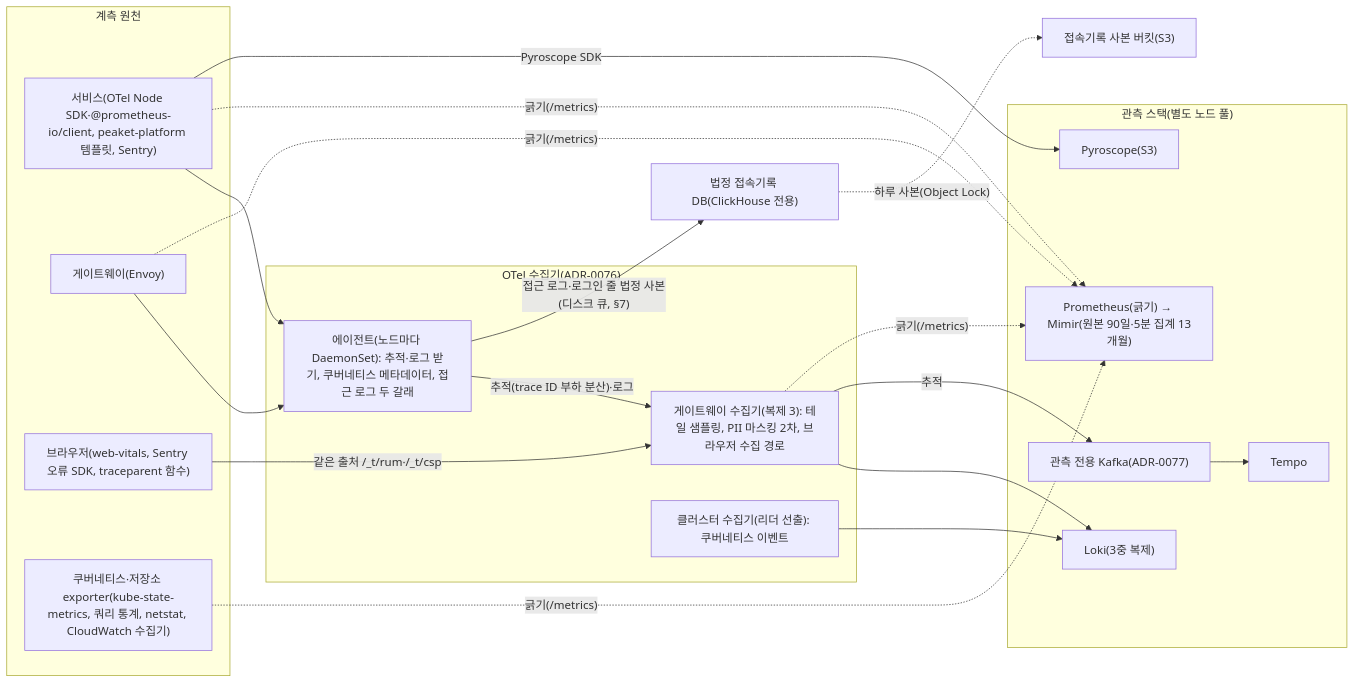
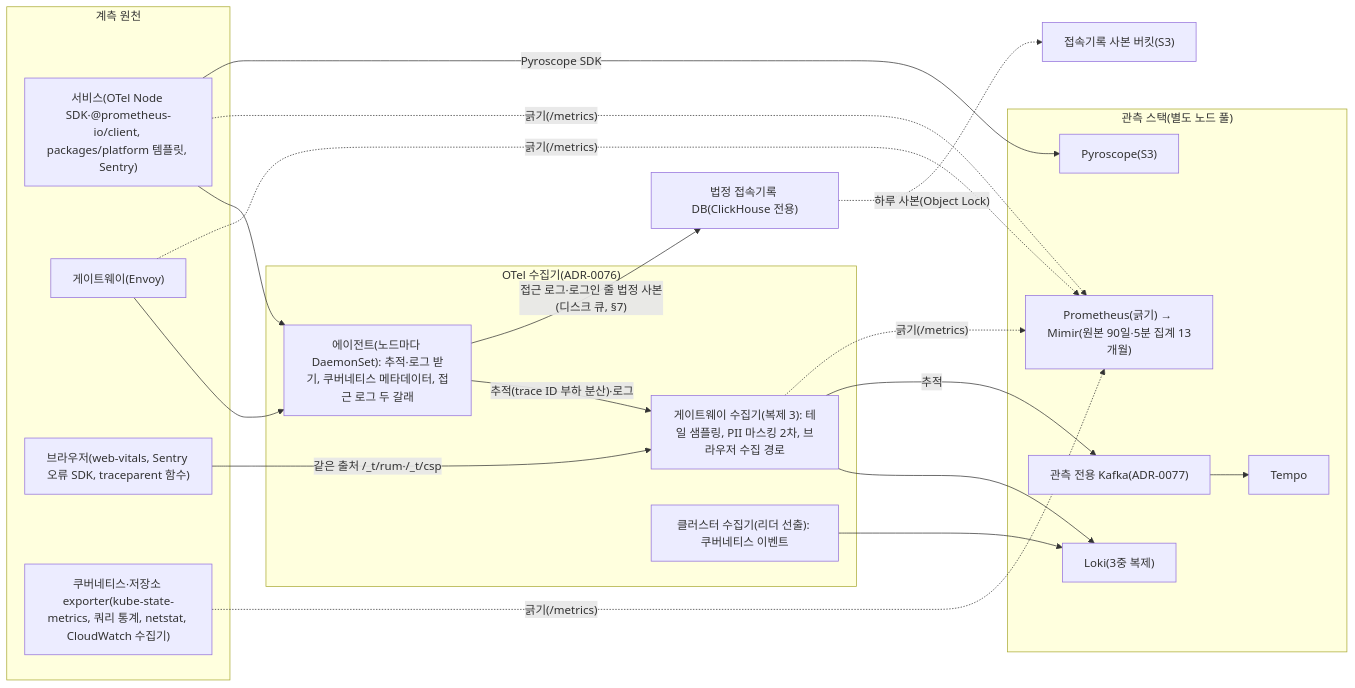
The first of 2 diagrams in docs/observability.md (peaket/peaket), drawn with Mermaid before and after one commit. The commit also changed other lines of this file and 49 other files, not shown here.

````diff
--- a/docs/observability.md
+++ b/docs/observability.md
@@ -14,33 +14,33 @@
 ```mermaid
 flowchart LR
     subgraph SRC["계측 원천"]
-        SVC["서비스(OTel Node SDK·@prometheus-io/client, peaket-platform 템플릿, Sentry)"]
+        SVC["서비스(OTel Node SDK·@prometheus-io/client, packages/platform 템플릿, Sentry)"]
         GW["게이트웨이(Envoy)"]
         FE["브라우저(web-vitals, Sentry 오류 SDK, traceparent 함수)"]
         K8S["쿠버네티스·저장소 exporter(kube-state-metrics, 쿼리 통계, netstat, CloudWatch 수집기)"]
     end
     subgraph COLL["OTel 수집기(ADR-0076)"]
         AGT["에이전트(노드마다 DaemonSet): 추적·로그 받기, 쿠버네티스 메타데이터, 접근 로그 두 갈래"]
         GWC["게이트웨이 수집기(복제 3): 테일 샘플링, PII 마스킹 2차, 브라우저 수집 경로"]
         CLU["클러스터 수집기(리더 선출): 쿠버네티스 이벤트"]
     end
     ACC["법정 접속기록 DB(ClickHouse 전용)"]
     ACCB["접속기록 사본 버킷(S3)"]
     subgraph STORE["관측 스택(별도 노드 풀)"]
         PROM["Prometheus(긁기) → Mimir(원본 90일·5분 집계 13개월)"]
         LOKI["Loki(3중 복제)"]
         OKAFKA["관측 전용 Kafka(ADR-0077)"]
         TEMPO["Tempo"]
         PYRO["Pyroscope(S3)"]
     end
     SVC & GW --> AGT
     FE -->|"같은 출처 /_t/rum·/_t/csp"| GWC
     AGT -->|"추적(trace ID 부하 분산)·로그"| GWC
     AGT -->|"접근 로그·로그인 줄 법정 사본(디스크 큐, §7)"| ACC
     ACC -.->|"하루 사본(Object Lock)"| ACCB
     GWC --> LOKI
     GWC -->|"추적"| OKAFKA --> TEMPO
     CLU --> LOKI
     SVC & GW & K8S & GWC -.->|"긁기(/metrics)"| PROM
     SVC -->|"Pyroscope SDK"| PYRO
 ```
````
